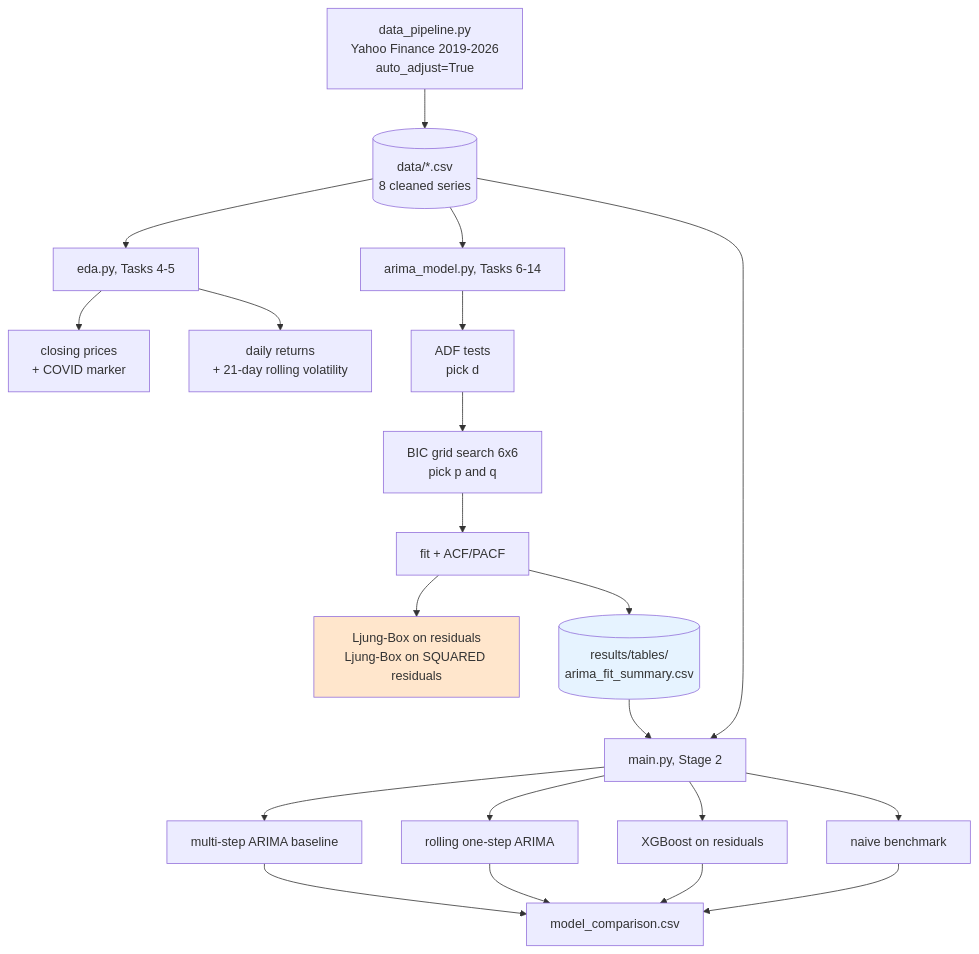
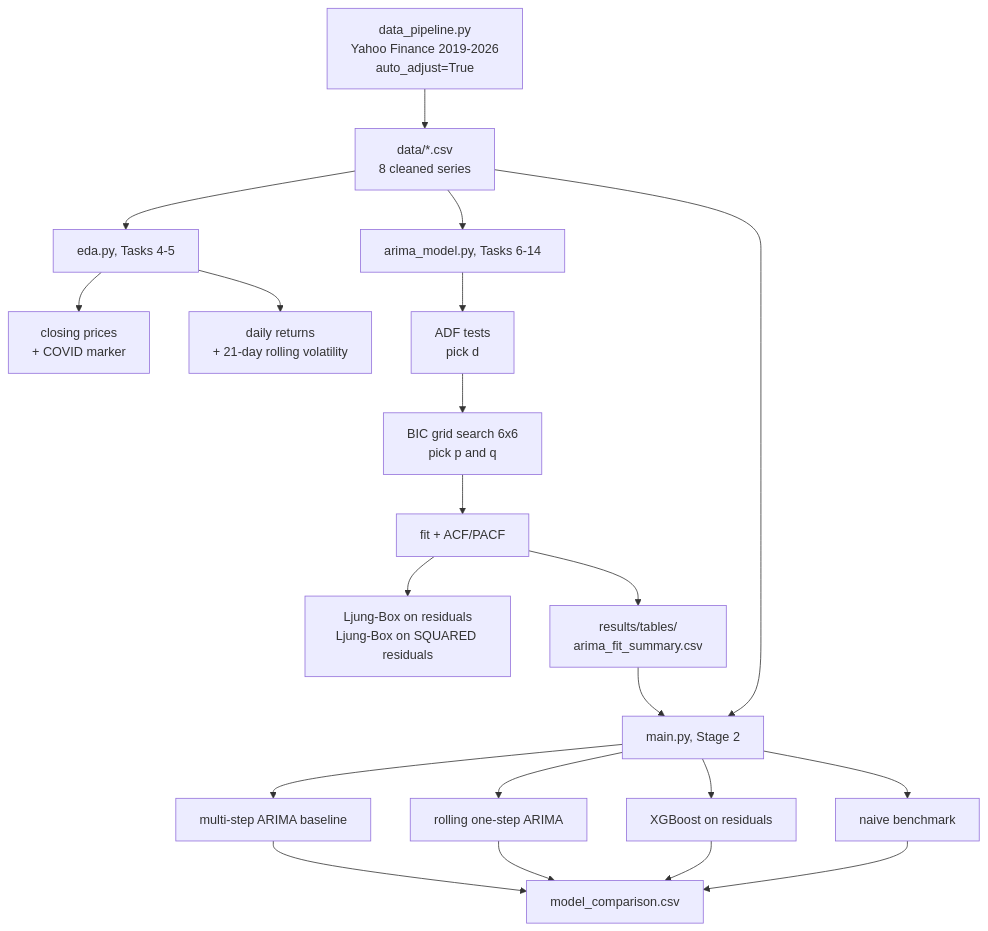
One commit to ACM40960/projects-DataForge-team changed the second of 2 diagrams in arima_xgboost_project/README.md. Above: the diagram before and after it, drawn with Mermaid. The commit also changed other lines of this file, not shown here.

````diff
--- a/arima_xgboost_project/README.md
+++ b/arima_xgboost_project/README.md
@@ -125,26 +124,23 @@
 ```mermaid
 flowchart TD
-    A["data_pipeline.py<br/>Yahoo Finance 2019-2026<br/>auto_adjust=True"] --> B[("data/*.csv<br/>8 cleaned series")]
+    A["data_pipeline.py<br/>Yahoo Finance 2019-2026<br/>auto_adjust=True"] --> B["data/*.csv<br/>8 cleaned series"]
 
     B --> C["eda.py, Tasks 4-5"]
     C --> C1["closing prices<br/>+ COVID marker"]
     C --> C2["daily returns<br/>+ 21-day rolling volatility"]
 
     B --> D["arima_model.py, Tasks 6-14"]
     D --> D1["ADF tests<br/>pick d"]
     D1 --> D2["BIC grid search 6x6<br/>pick p and q"]
     D2 --> D3["fit + ACF/PACF"]
     D3 --> D4["Ljung-Box on residuals<br/>Ljung-Box on SQUARED residuals"]
-    D3 --> E[("results/tables/<br/>arima_fit_summary.csv")]
+    D3 --> E["results/tables/<br/>arima_fit_summary.csv"]
 
     E --> F["main.py, Stage 2"]
     B --> F
     F --> F1["multi-step ARIMA baseline"]
     F --> F2["rolling one-step ARIMA"]
     F --> F3["XGBoost on residuals"]
     F --> F4["naive benchmark"]
     F1 & F2 & F3 & F4 --> G["model_comparison.csv"]
-
-    style D4 fill:#ffe6cc
-    style E fill:#e6f3ff
 ```
````
